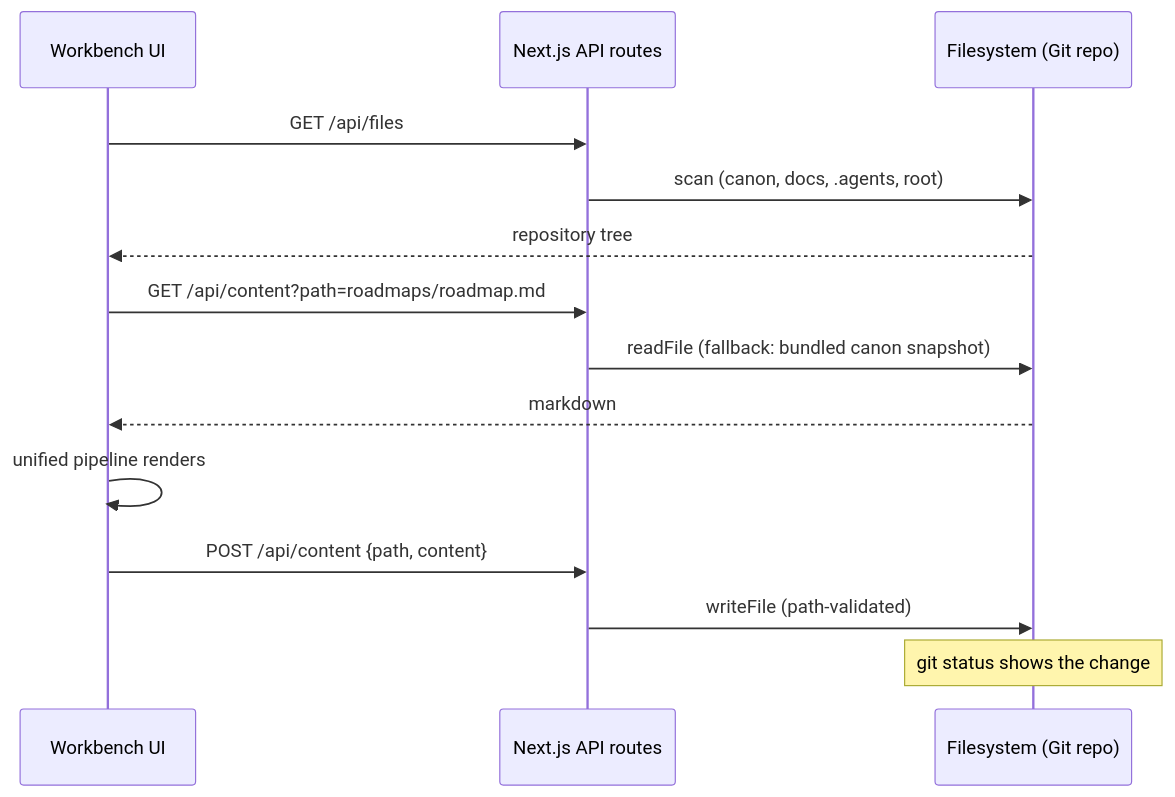
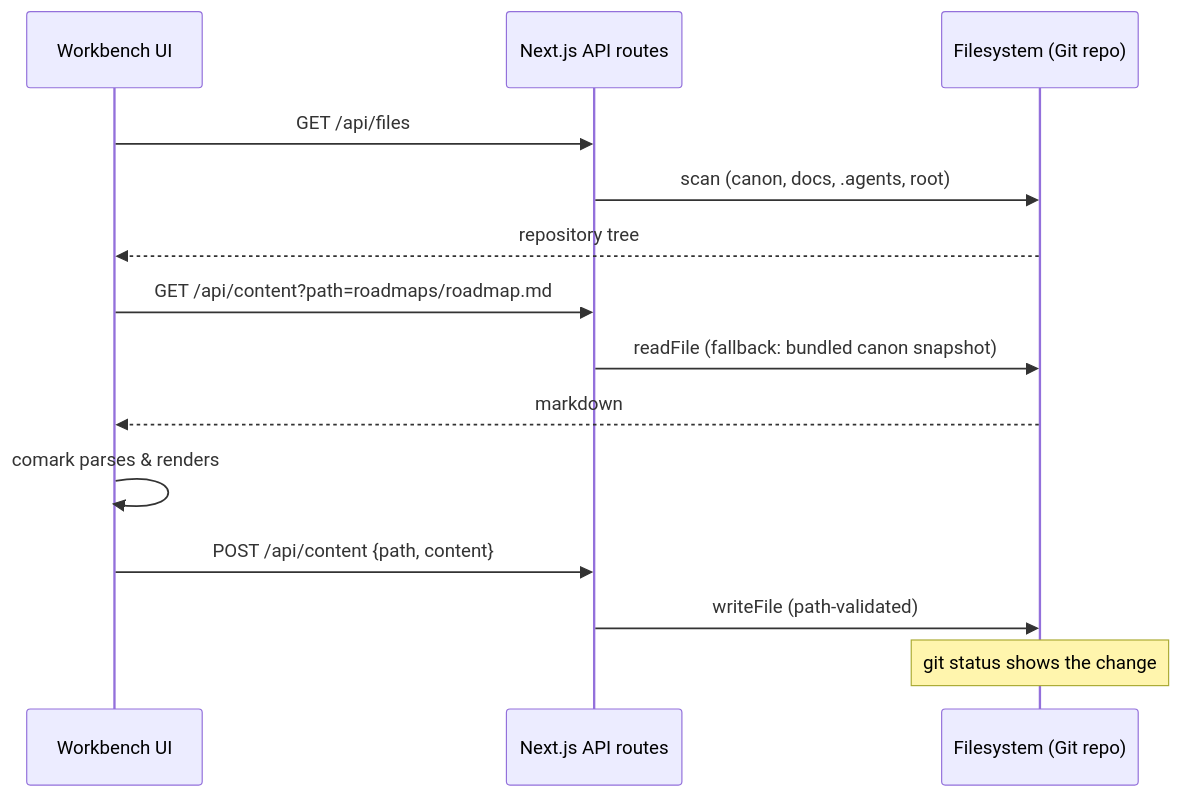
The second of 2 diagrams in docs/architecture-overview.md (jamesnavinhill/mdNinja), drawn with Mermaid before and after one commit. The commit also changed other lines of this file and 23 other files, not shown here.

First line of the commit message:
feat: comark renderer, sidebar state machine + projects rail, npm release pipeline

````diff
--- a/docs/architecture-overview.md
+++ b/docs/architecture-overview.md
@@ -75,16 +72,16 @@
 ```mermaid
 sequenceDiagram
     participant UI as Workbench UI
     participant API as Next.js API routes
     participant FS as Filesystem (Git repo)
     UI->>API: GET /api/files
     API->>FS: scan (canon, docs, .agents, root)
     FS-->>UI: repository tree
     UI->>API: GET /api/content?path=roadmaps/roadmap.md
     API->>FS: readFile (fallback: bundled canon snapshot)
     FS-->>UI: markdown
-    UI->>UI: unified pipeline renders
+    UI->>UI: comark parses & renders
     UI->>API: POST /api/content {path, content}
     API->>FS: writeFile (path-validated)
     Note over FS: git status shows the change
 ```
````
